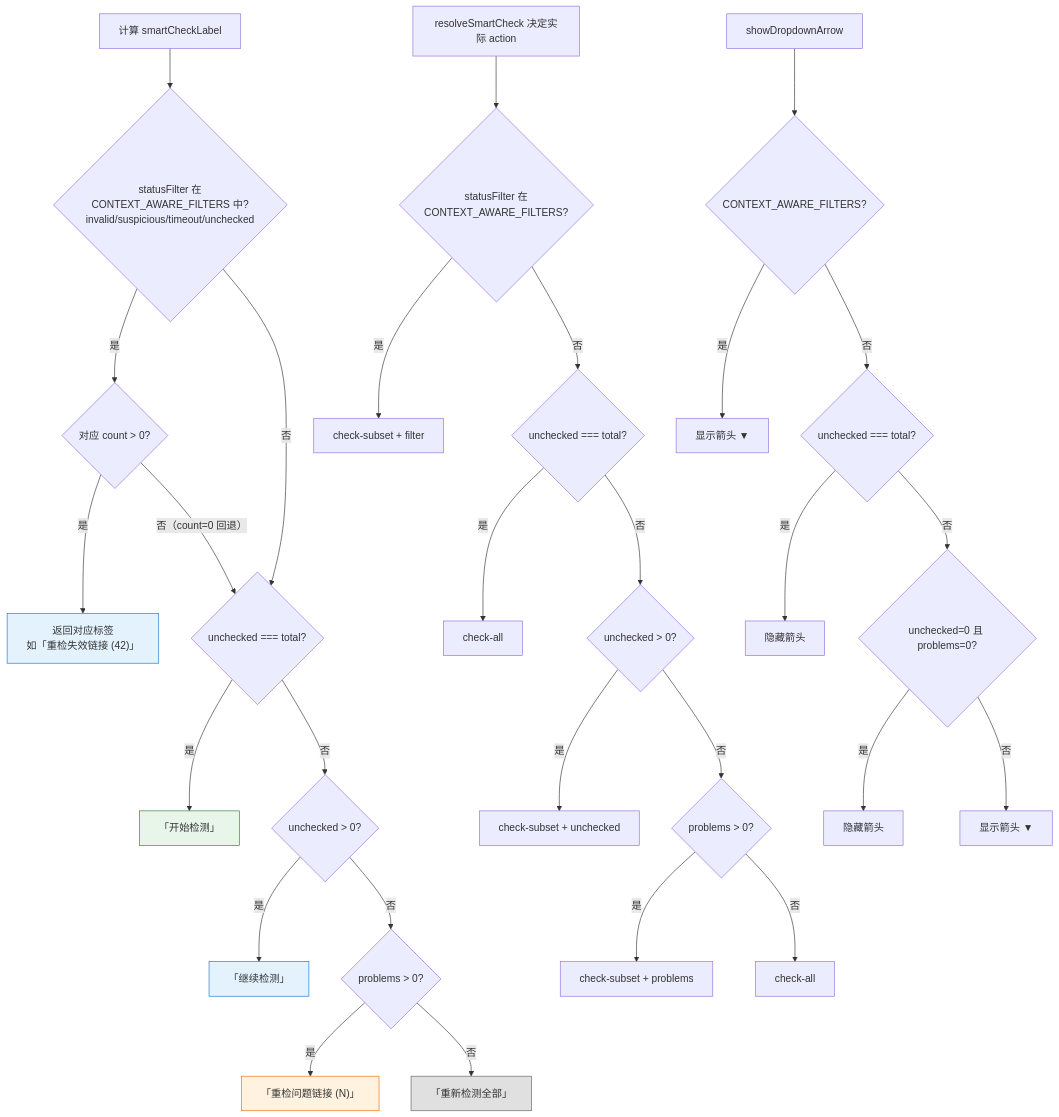
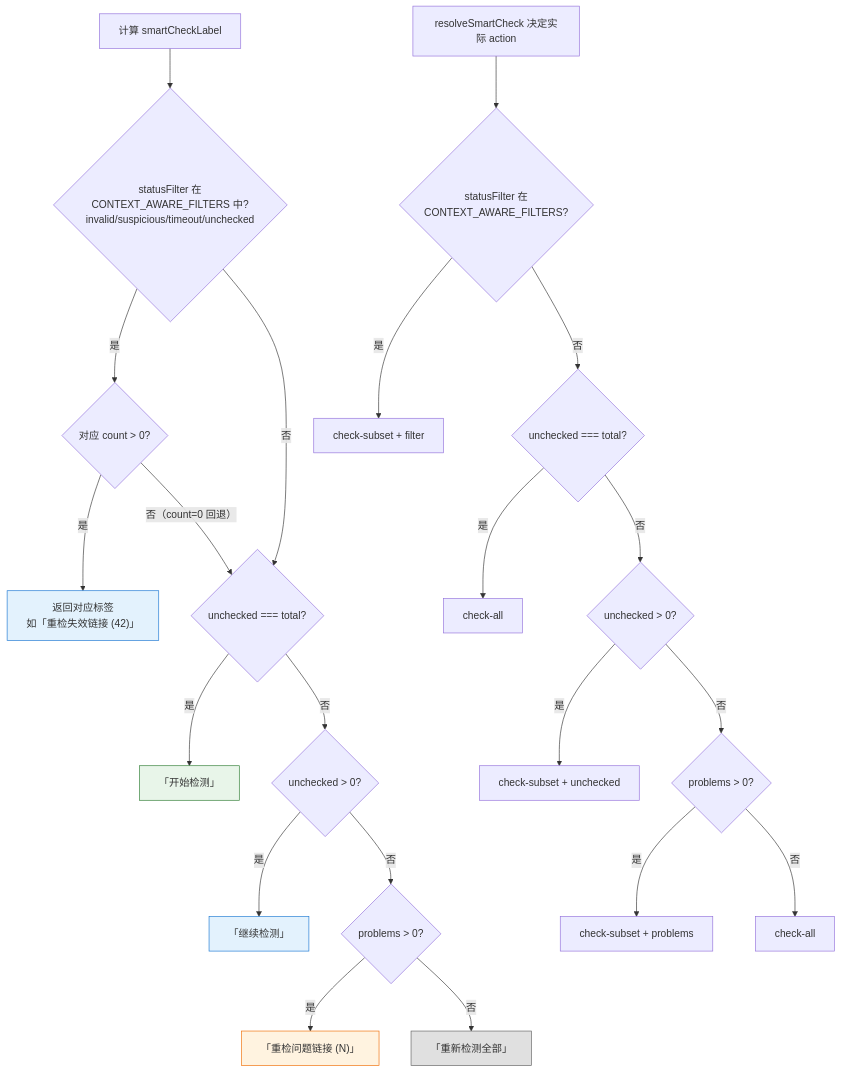
Before and after one commit to joeyliu6/PicNexus: the fourth of 5 diagrams in docs/flows/link-check-flow.md, drawn with Mermaid. The commit also changed other lines of this file and 24 other files, not shown here.

````diff
--- a/docs/flows/link-check-flow.md
+++ b/docs/flows/link-check-flow.md
@@ -254,38 +256,30 @@
 ```mermaid
 flowchart TD
     A["计算 smartCheckLabel"] --> B{statusFilter 在<br/>CONTEXT_AWARE_FILTERS 中?<br/>invalid/suspicious/timeout/unchecked}
     B -- 是 --> B2{对应 count > 0?}
     B2 -- 是 --> C["返回对应标签<br/>如「重检失效链接 (42)」"]
     B2 -- "否（count=0 回退）" --> D
     B -- 否 --> D{unchecked === total?}
     D -- 是 --> E["「开始检测」"]
     D -- 否 --> F{unchecked > 0?}
     F -- 是 --> G["「继续检测」"]
     F -- 否 --> H{problems > 0?}
     H -- 是 --> I["「重检问题链接 (N)」"]
     H -- 否 --> J["「重新检测全部」"]
 
     K["resolveSmartCheck 决定实际 action"] --> L{statusFilter 在<br/>CONTEXT_AWARE_FILTERS?}
     L -- 是 --> L1["check-subset + filter"]
     L -- 否 --> M{unchecked === total?}
     M -- 是 --> M1["check-all"]
     M -- 否 --> N{unchecked > 0?}
     N -- 是 --> N1["check-subset + unchecked"]
     N -- 否 --> O{problems > 0?}
     O -- 是 --> O1["check-subset + problems"]
     O -- 否 --> O2["check-all"]
 
-    P["showDropdownArrow"] --> P1{CONTEXT_AWARE_FILTERS?}
-    P1 -- 是 --> P2["显示箭头 ▼"]
-    P1 -- 否 --> P3{unchecked === total?}
-    P3 -- 是 --> P4["隐藏箭头"]
-    P3 -- 否 --> P5{unchecked=0 且 problems=0?}
-    P5 -- 是 --> P6["隐藏箭头"]
-    P5 -- 否 --> P7["显示箭头 ▼"]
-
     style C fill:#e3f2fd,stroke:#1976d2
     style E fill:#e8f5e9,stroke:#2e7d32
     style G fill:#e3f2fd,stroke:#1976d2
     style I fill:#fff3e0,stroke:#ef6c00
     style J fill:#e0e0e0,stroke:#616161
 ```
````
